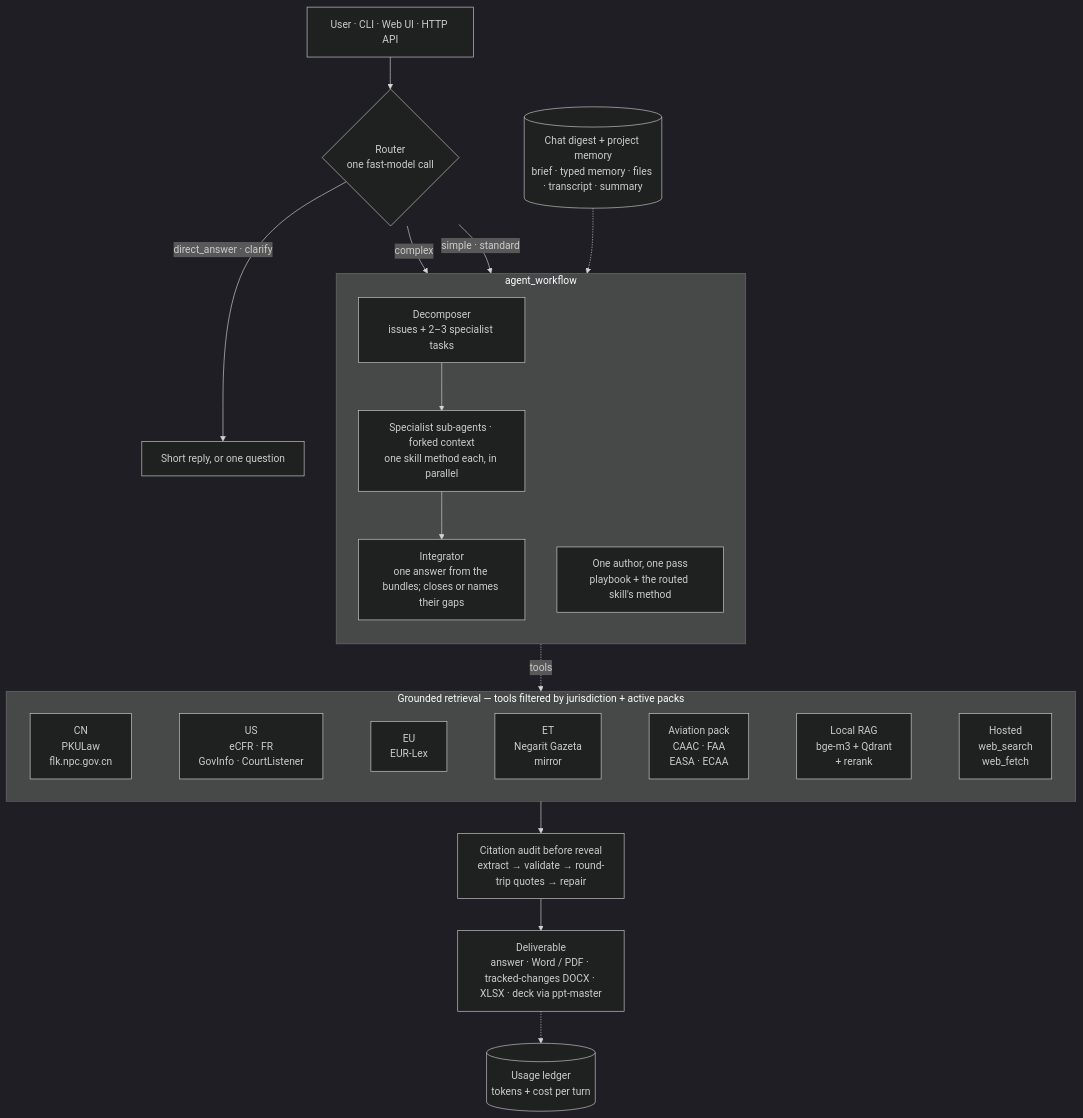
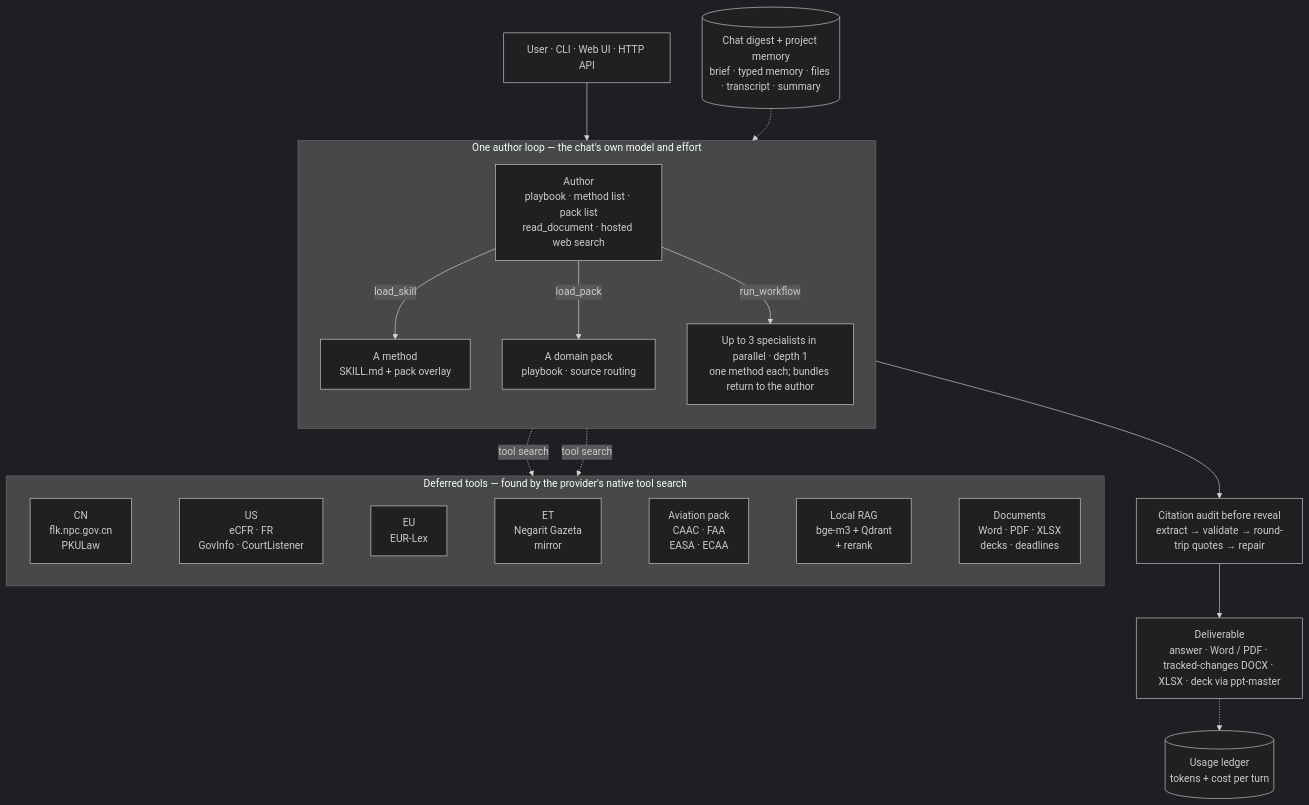
Before and after one commit to WenzhuoXu/lawgent: the diagram in README.md, drawn with Mermaid (dark theme). The commit also changed other lines of this file and 196 other files, not shown here.

First line of the commit message:
One author loop; capability tools behind tool search; thinking-first turn view; faster decks

````diff
--- a/README.md
+++ b/README.md
@@ -126,26 +129,25 @@
 ```mermaid
 flowchart TB
-    U["User · CLI · Web UI · HTTP API"] --> R{"Router<br/>one fast-model call"}
-    R -->|complex| DEC
-    R -->|"simple · standard"| A
-    R -->|"direct_answer · clarify"| D["Short reply, or one question"]
-    PM[("Chat digest + project memory<br/>brief · typed memory · files · transcript · summary")] -.-> W
+    U["User · CLI · Web UI · HTTP API"] --> A
+    PM[("Chat digest + project memory<br/>brief · typed memory · files · transcript · summary")] -.-> A
 
-    subgraph W["agent_workflow"]
+    subgraph L["One author loop — the chat's own model and effort"]
         direction TB
-        A["One author, one pass<br/>playbook + the routed skill's method"]
-        DEC["Decomposer<br/>issues + 2–3 specialist tasks"] --> S["Specialist sub-agents · forked context<br/>one skill method each, in parallel"]
-        S --> I["Integrator<br/>one answer from the bundles; closes or names their gaps"]
+        A["Author<br/>playbook · method list · pack list<br/>read_document · hosted web search"]
+        A -->|load_skill| M["A method<br/>SKILL.md + pack overlay"]
+        A -->|load_pack| P["A domain pack<br/>playbook · source routing"]
+        A -->|run_workflow| S["Up to 3 specialists in parallel · depth 1<br/>one method each; bundles return to the author"]
     end
 
-    W -.->|tools| G
+    A -.->|tool search| G
+    S -.->|tool search| G
 
-    subgraph G["Grounded retrieval — tools filtered by jurisdiction + active packs"]
+    subgraph G["Deferred tools — found by the provider's native tool search"]
         direction LR
-        CN["CN<br/>PKULaw<br/>flk.npc.gov.cn"] ~~~ US["US<br/>eCFR · FR<br/>GovInfo · CourtListener"] ~~~ EU["EU<br/>EUR-Lex"] ~~~ ET["ET<br/>Negarit Gazeta<br/>mirror"] ~~~ AV["Aviation pack<br/>CAAC · FAA<br/>EASA · ECAA"] ~~~ RAG["Local RAG<br/>bge-m3 + Qdrant<br/>+ rerank"] ~~~ WEB["Hosted<br/>web_search<br/>web_fetch"]
+        CN["CN<br/>flk.npc.gov.cn<br/>PKULaw"] ~~~ US["US<br/>eCFR · FR<br/>GovInfo · CourtListener"] ~~~ EU["EU<br/>EUR-Lex"] ~~~ ET["ET<br/>Negarit Gazeta<br/>mirror"] ~~~ AV["Aviation pack<br/>CAAC · FAA<br/>EASA · ECAA"] ~~~ RAG["Local RAG<br/>bge-m3 + Qdrant<br/>+ rerank"] ~~~ DOC["Documents<br/>Word · PDF · XLSX<br/>decks · deadlines"]
     end
 
-    G --> QC["Citation audit before reveal<br/>extract → validate → round-trip quotes → repair"]
+    A --> QC["Citation audit before reveal<br/>extract → validate → round-trip quotes → repair"]
     QC --> OUT["Deliverable<br/>answer · Word / PDF · tracked-changes DOCX · XLSX · deck via ppt-master"]
     OUT -.-> LED[("Usage ledger<br/>tokens + cost per turn")]
 ```
````
